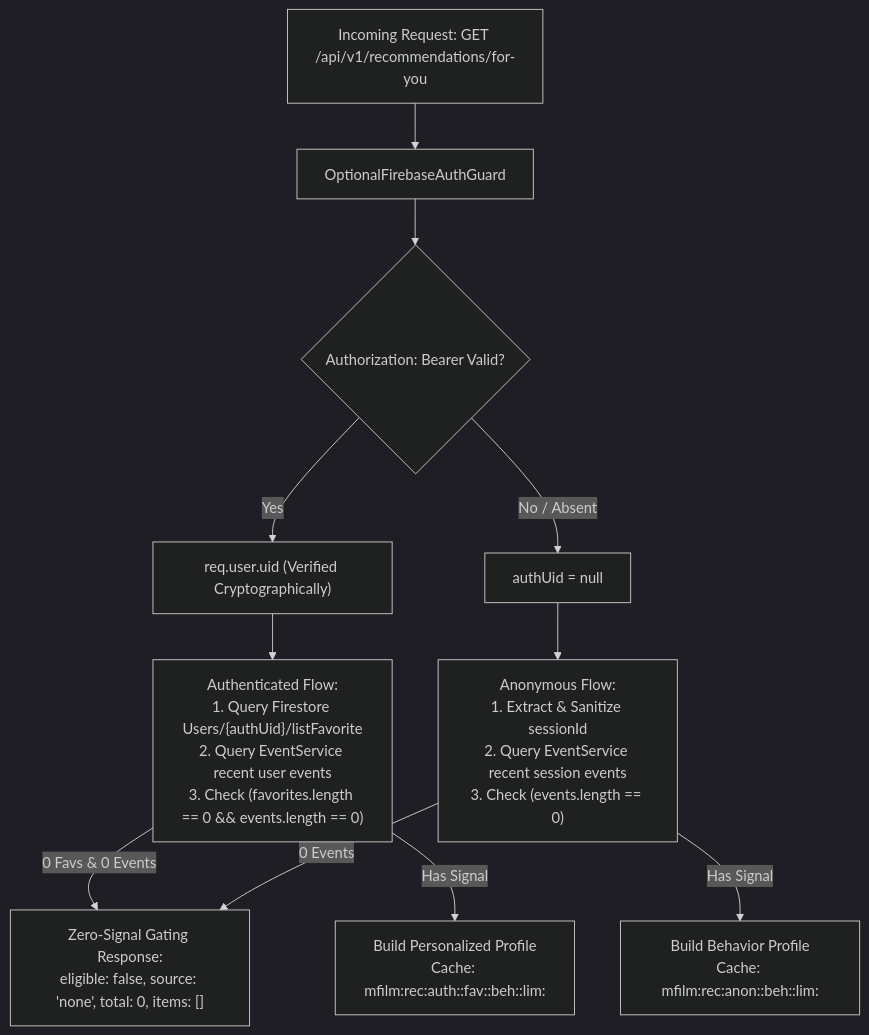
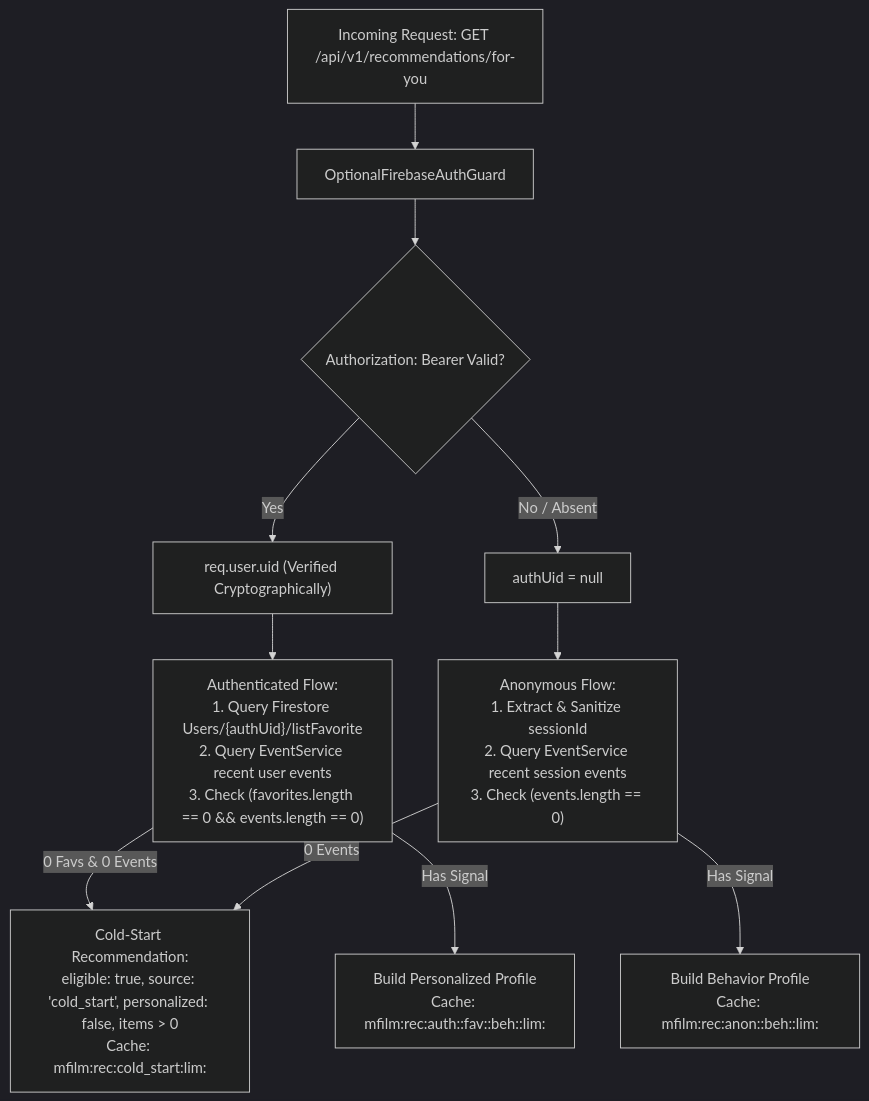
One commit to NV-DuyManh/Web-Film-Modern changed the diagram in docs/bigdata/PHASE_06_MASTER_REPORT.md. Above: the diagram before and after it, drawn with Mermaid (dark theme). The commit also changed other lines of this file, not shown here.

Commit message:
docs(phase06): align report with always-visible cold-start

````diff
--- a/docs/bigdata/PHASE_06_MASTER_REPORT.md
+++ b/docs/bigdata/PHASE_06_MASTER_REPORT.md
@@ -119,18 +115,18 @@
 ```mermaid
 flowchart TD
     Req["Incoming Request: GET /api/v1/recommendations/for-you"] --> Guard["OptionalFirebaseAuthGuard"]
     Guard --> AuthCheck{"Authorization: Bearer <token> Valid?"}
     
     AuthCheck -- "Yes" --> AuthUid["req.user.uid (Verified Cryptographically)"]
     AuthCheck -- "No / Absent" --> AnonUid["authUid = null"]
     
     AuthUid --> AuthFlow["Authenticated Flow:\n1. Query Firestore Users/{authUid}/listFavorite\n2. Query EventService recent user events\n3. Check (favorites.length == 0 && events.length == 0)"]
     
     AnonUid --> AnonFlow["Anonymous Flow:\n1. Extract & Sanitize sessionId\n2. Query EventService recent session events\n3. Check (events.length == 0)"]
     
-    AuthFlow -- "0 Favs & 0 Events" --> ZeroSignal["Zero-Signal Gating Response:\neligible: false, source: 'none', total: 0, items: []"]
-    AnonFlow -- "0 Events" --> ZeroSignal
+    AuthFlow -- "0 Favs & 0 Events" --> ColdStart["Cold-Start Recommendation:\neligible: true, source: 'cold_start', personalized: false, items > 0\nCache: mfilm:rec:cold_start:lim:<limit>"]
+    AnonFlow -- "0 Events" --> ColdStart
     
     AuthFlow -- "Has Signal" --> AuthRec["Build Personalized Profile\nCache: mfilm:rec:auth:<uid>:fav:<favFp>:beh:<behFp>:lim:<limit>"]
     AnonFlow -- "Has Signal" --> AnonRec["Build Behavior Profile\nCache: mfilm:rec:anon:<sessId>:beh:<behFp>:lim:<limit>"]
 ```
````
